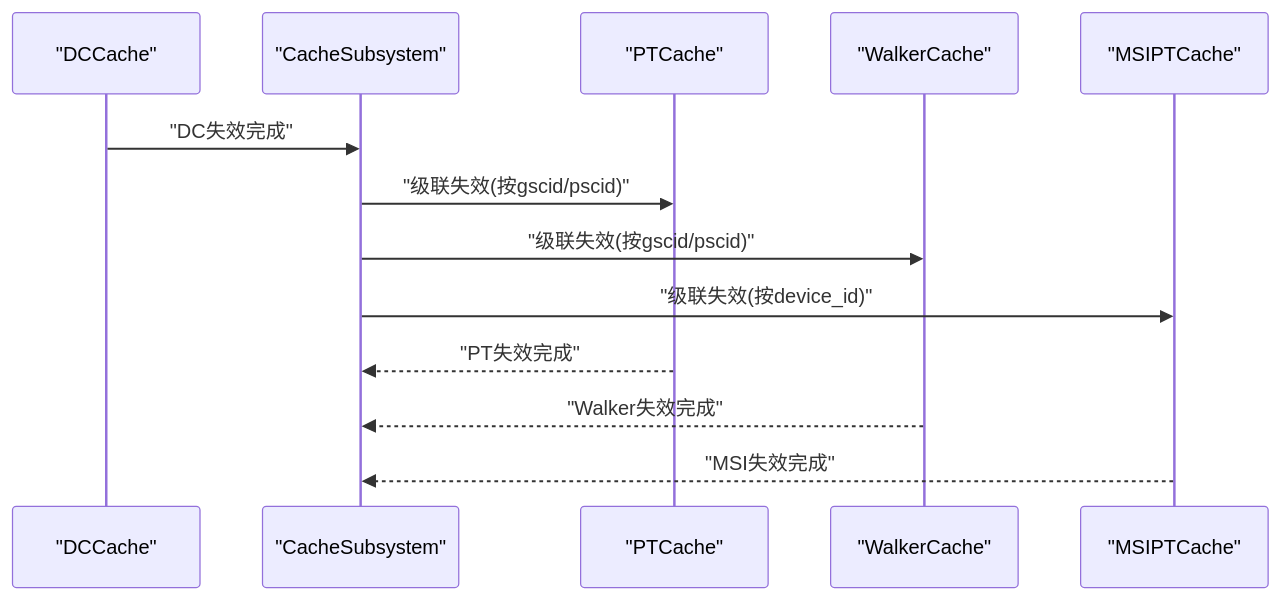
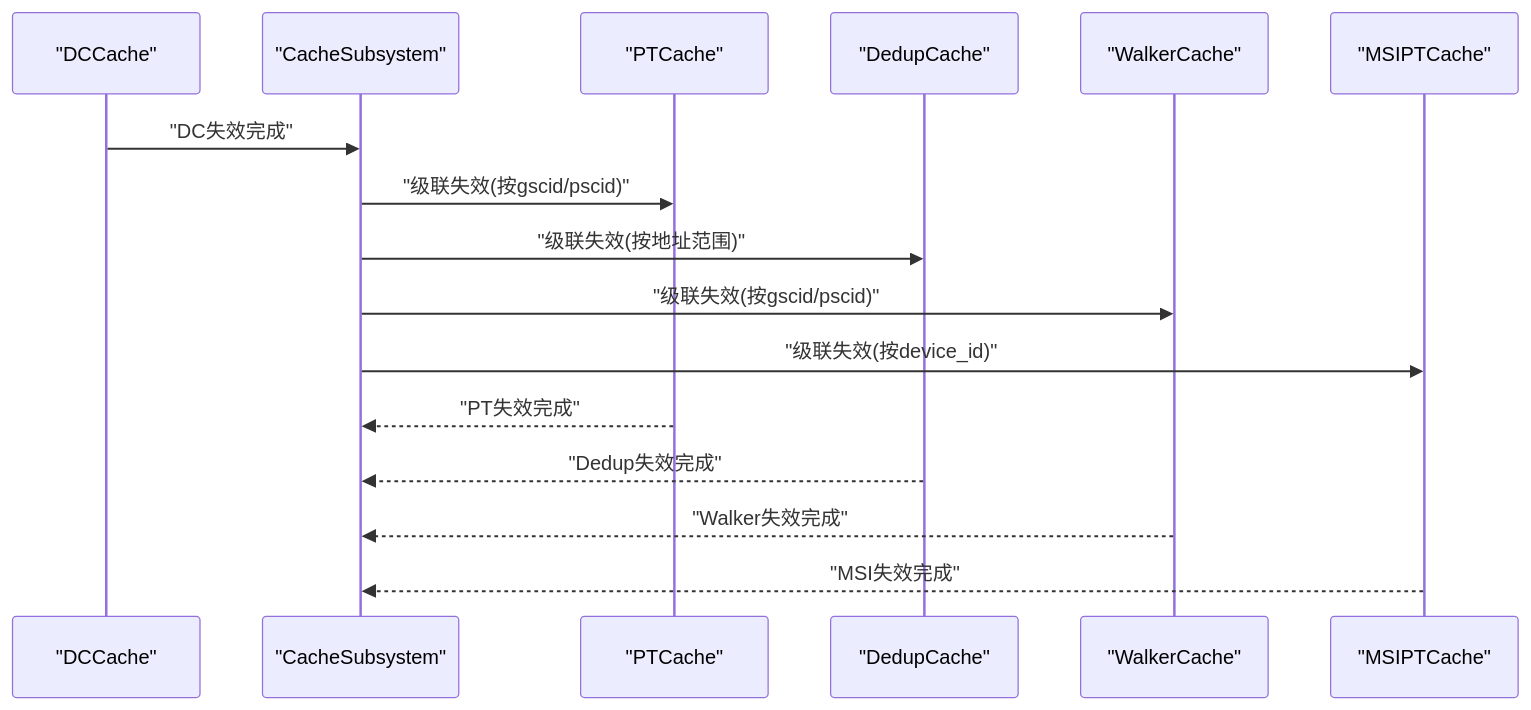
The eighth of 9 diagrams in .qoder/repowiki/zh/content/API参考手册/缓存接口.md (jiangjiang1122/iommu_model_20260401_v1), drawn with Mermaid before and after one commit. The commit also changed other lines of this file and 186 other files, not shown here.

````diff
--- a/.qoder/repowiki/zh/content/API参考手册/缓存接口.md
+++ b/.qoder/repowiki/zh/content/API参考手册/缓存接口.md
@@ -332,15 +420,18 @@
 ```mermaid
 sequenceDiagram
 participant DC as "DCCache"
 participant CS as "CacheSubsystem"
 participant PT as "PTCache"
+participant DEDUP as "DedupCache"
 participant WC as "WalkerCache"
 participant MSI as "MSIPTCache"
 DC->>CS : "DC失效完成"
 CS->>PT : "级联失效(按gscid/pscid)"
+CS->>DEDUP : "级联失效(按地址范围)"
 CS->>WC : "级联失效(按gscid/pscid)"
 CS->>MSI : "级联失效(按device_id)"
 PT-->>CS : "PT失效完成"
+DEDUP-->>CS : "Dedup失效完成"
 WC-->>CS : "Walker失效完成"
 MSI-->>CS : "MSI失效完成"
 ```
````
